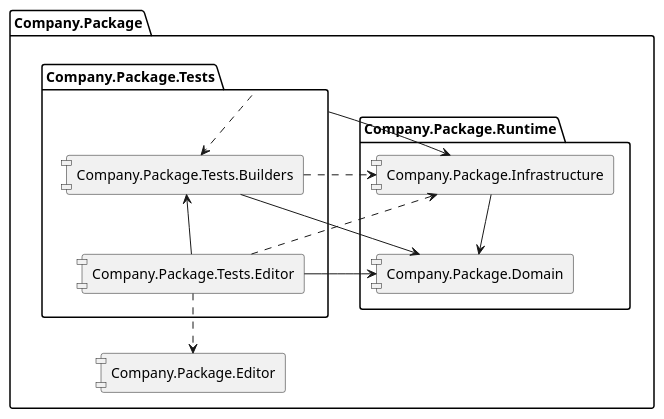
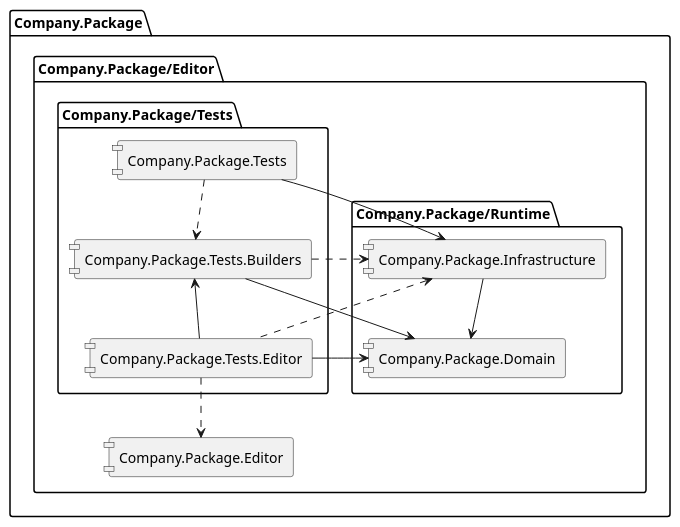
The diagram in Assets/Kalendra.Commons/Documentation~/Architecture.puml (RicardoGuzmanVelasco/Kalendra.Commons), drawn with PlantUML before and after one commit. The commit also changed 12 other files, not shown here.

```diff
--- a/Assets/Kalendra.Commons/Documentation~/Architecture.puml
+++ b/Assets/Kalendra.Commons/Documentation~/Architecture.puml
@@ -1,26 +1,27 @@
 @startuml
 skinparam componentStyle uml1
 'https://plantuml.com/component-diagram
 
 folder "Company.Package" {
+    folder "Company.Package/Editor"{
     [Company.Package.Editor]
     
-    folder "Company.Package.Runtime"{
+    folder "Company.Package/Runtime"{
         [Company.Package.Infrastructure] --> [Company.Package.Domain]
     }
     
-    folder "Company.Package.Tests"{
+    folder "Company.Package/Tests"{
             [Company.Package.Tests.Builders] --> [Company.Package.Domain]
             [Company.Package.Tests.Builders] ..> [Company.Package.Infrastructure]
             
             [Company.Package.Tests.Builders] <-- [Company.Package.Tests.Editor]
             [Company.Package.Domain] <-- [Company.Package.Tests.Editor]
             [Company.Package.Editor] <.u. [Company.Package.Tests.Editor]
             [Company.Package.Infrastructure] <.. [Company.Package.Tests.Editor]
             
             [Company.Package.Tests] --> [Company.Package.Infrastructure]
             [Company.Package.Tests] ..> [Company.Package.Tests.Builders]
         }
 }
 
 @enduml
```
